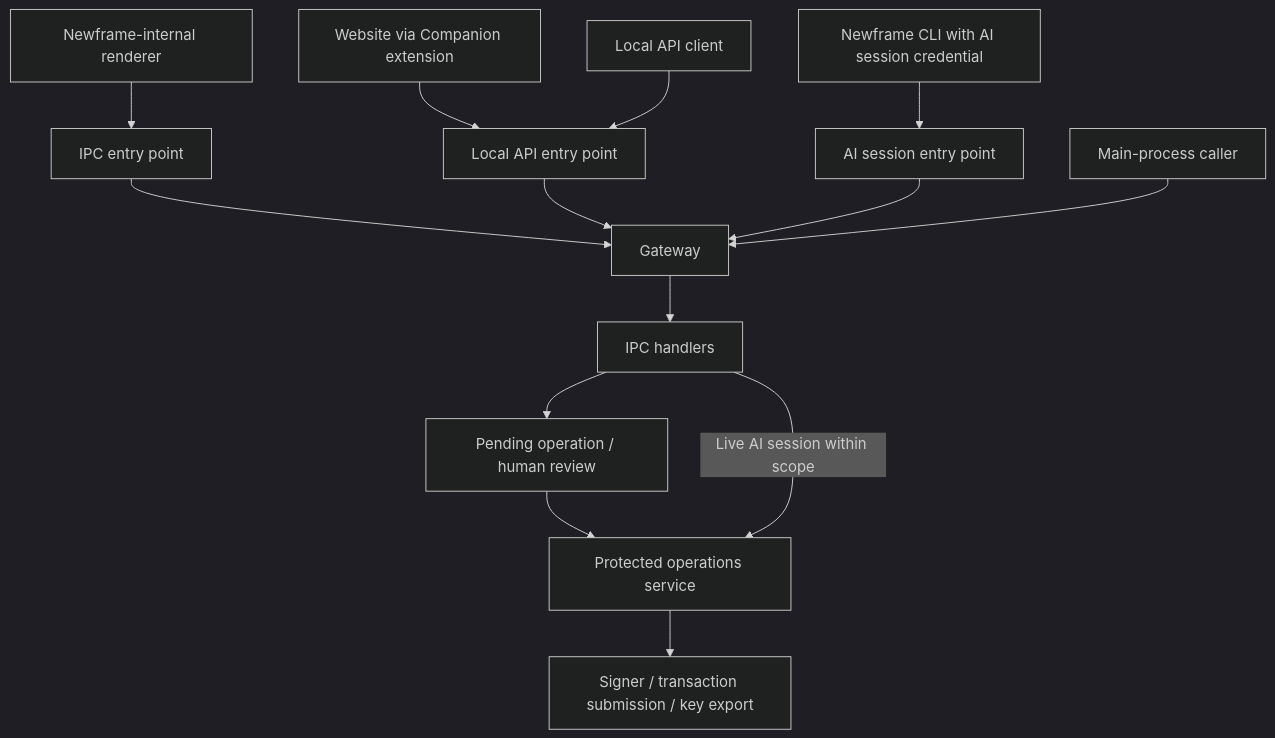
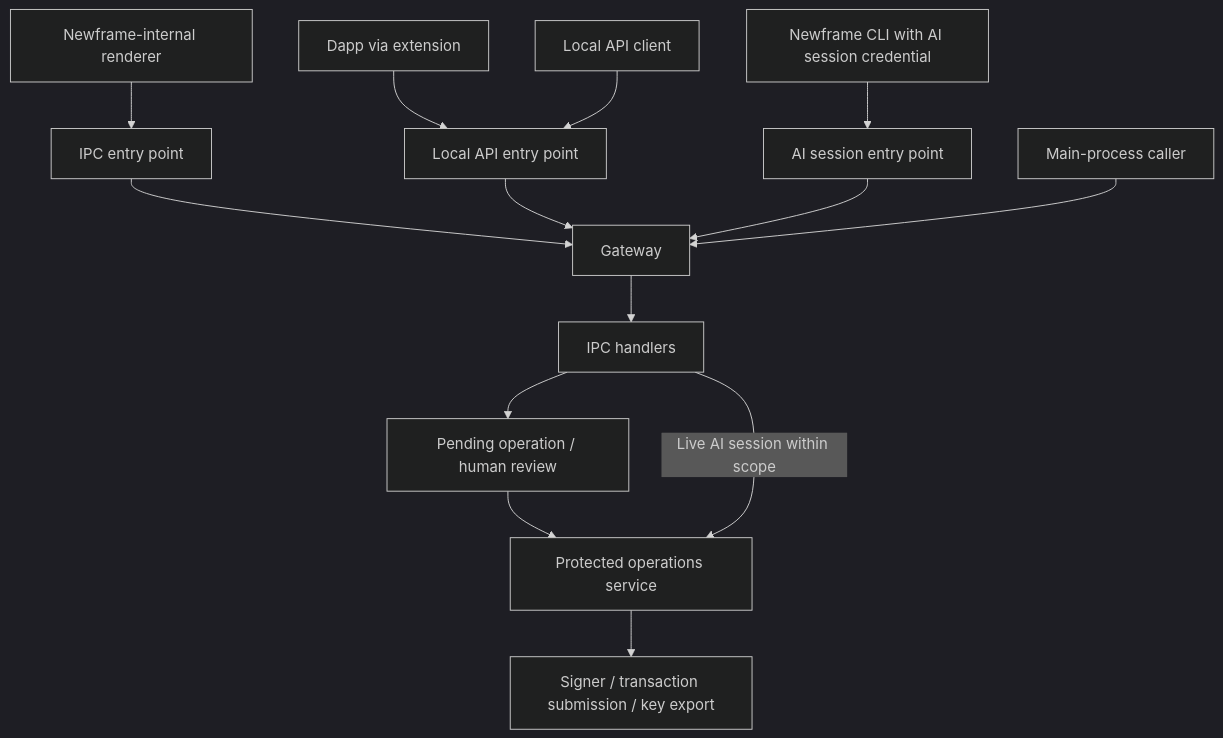
Before and after one commit to WardenJakx/newframe: the first of 2 diagrams in docs/request-boundaries.md, drawn with Mermaid (dark theme). The commit also changed other lines of this file and 2 other files, not shown here.

````diff
--- a/docs/request-boundaries.md
+++ b/docs/request-boundaries.md
@@ -5,16 +24,16 @@
 ```mermaid
 flowchart TD
   renderer[Newframe-internal renderer] --> ipc[IPC entry point]
-  website[Website via Companion extension] --> api[Local API entry point]
+  dapp[Dapp via extension] --> api[Local API entry point]
   client[Local API client] --> api
   cli[Newframe CLI with AI session credential] --> session[AI session entry point]
   ipc --> gateway[Gateway]
   api --> gateway
   session --> gateway
   main[Main-process caller] --> gateway
   gateway --> handlers[IPC handlers]
   handlers --> pending[Pending operation / human review]
   pending --> protected[Protected operations service]
   handlers -->|Live AI session within scope| protected
   protected --> effects[Signer / transaction submission / key export]
 ```
````
